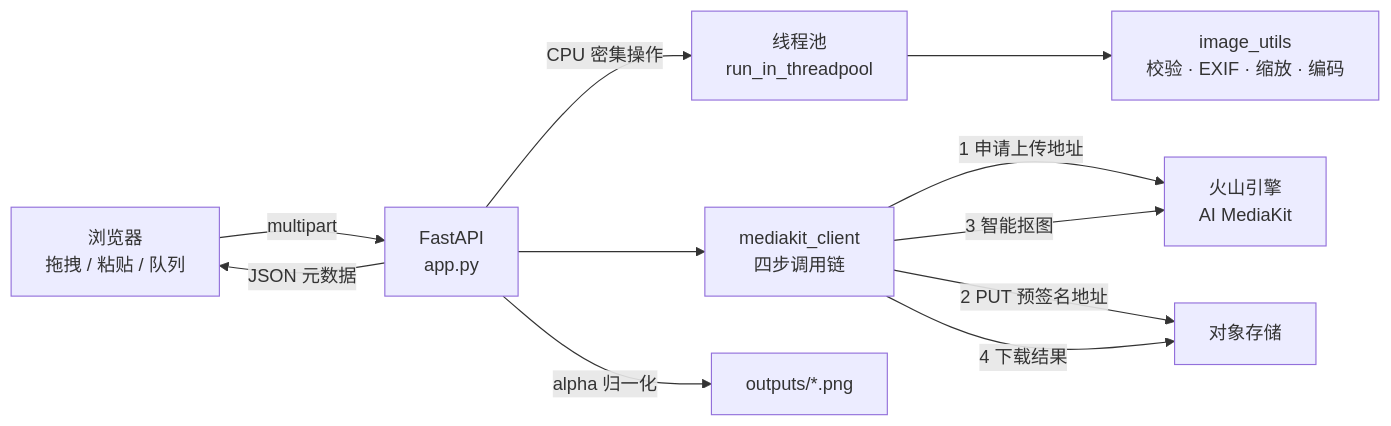
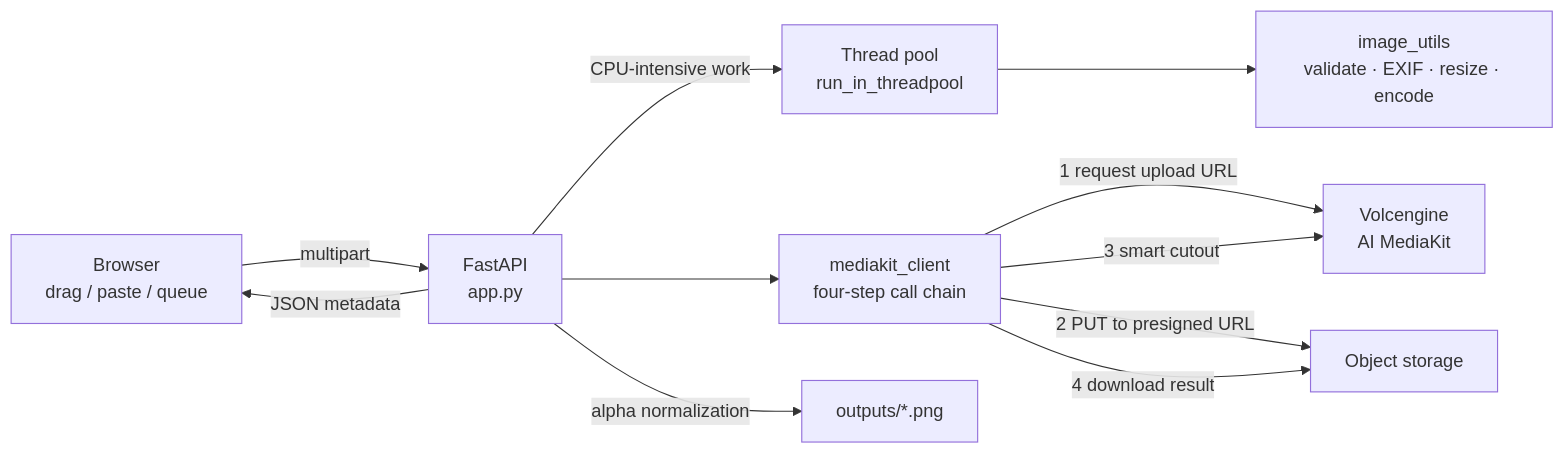
One commit to jmlistening/ai-cutout-studio changed the first of 2 diagrams in README.md. Above: the diagram before and after it, drawn with Mermaid. The commit also changed other lines of this file and 2 other files, not shown here.

````diff
--- a/README.md
+++ b/README.md
@@ -99,13 +110,13 @@
 ```mermaid
 flowchart LR
-    B["浏览器<br/>拖拽 / 粘贴 / 队列"] -->|multipart| A["FastAPI<br/>app.py"]
-    A -->|CPU 密集操作| T["线程池<br/>run_in_threadpool"]
-    T --> U["image_utils<br/>校验 · EXIF · 缩放 · 编码"]
-    A --> C["mediakit_client<br/>四步调用链"]
-    C -->|1 申请上传地址| M["火山引擎<br/>AI MediaKit"]
-    C -->|2 PUT 预签名地址| S["对象存储"]
-    C -->|3 智能抠图| M
-    C -->|4 下载结果| S
-    A -->|alpha 归一化| O["outputs/*.png"]
-    A -->|JSON 元数据| B
+    B["Browser<br/>drag / paste / queue"] -->|multipart| A["FastAPI<br/>app.py"]
+    A -->|CPU-intensive work| T["Thread pool<br/>run_in_threadpool"]
+    T --> U["image_utils<br/>validate · EXIF · resize · encode"]
+    A --> C["mediakit_client<br/>four-step call chain"]
+    C -->|1 request upload URL| M["Volcengine<br/>AI MediaKit"]
+    C -->|2 PUT to presigned URL| S["Object storage"]
+    C -->|3 smart cutout| M
+    C -->|4 download result| S
+    A -->|alpha normalization| O["outputs/*.png"]
+    A -->|JSON metadata| B
 ```
````
